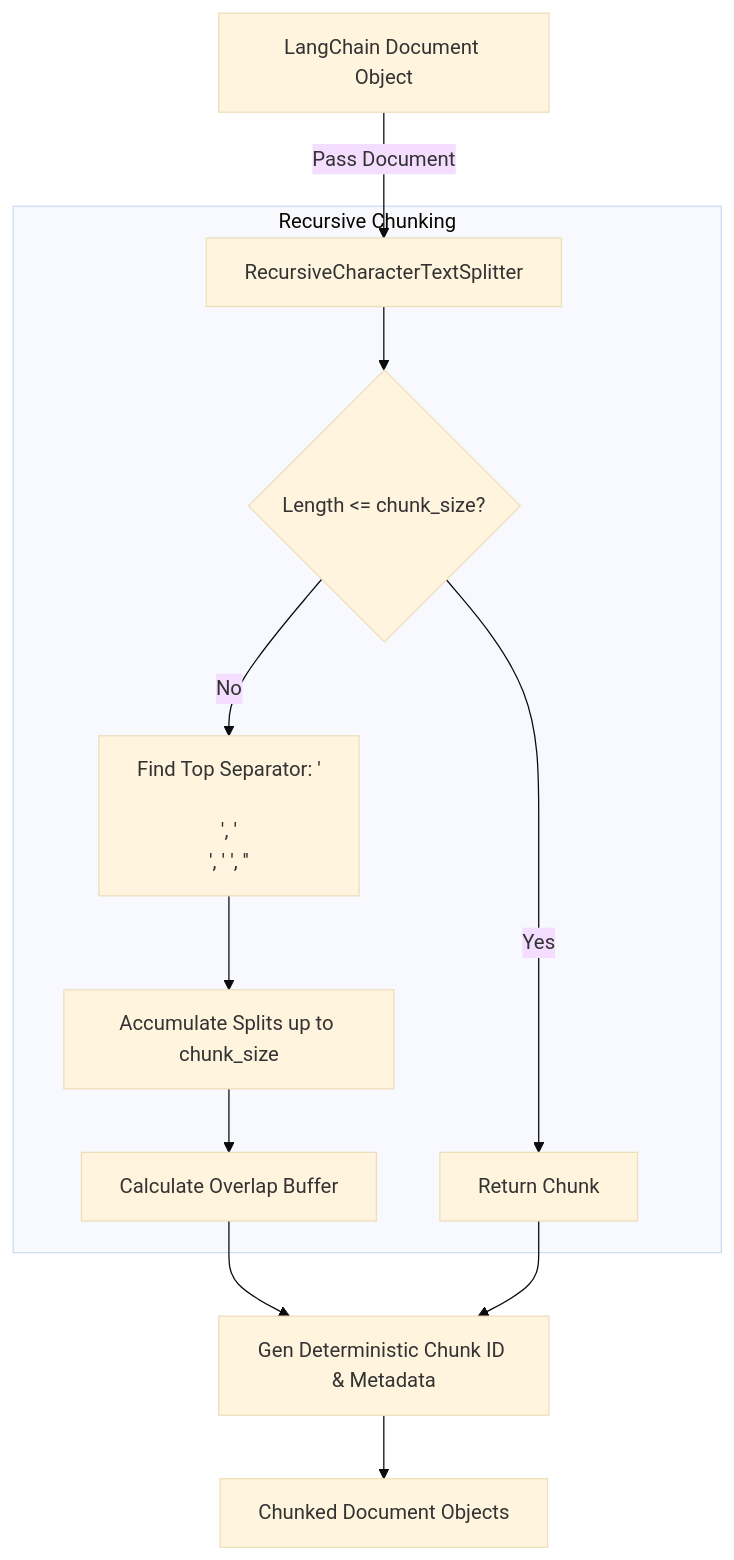
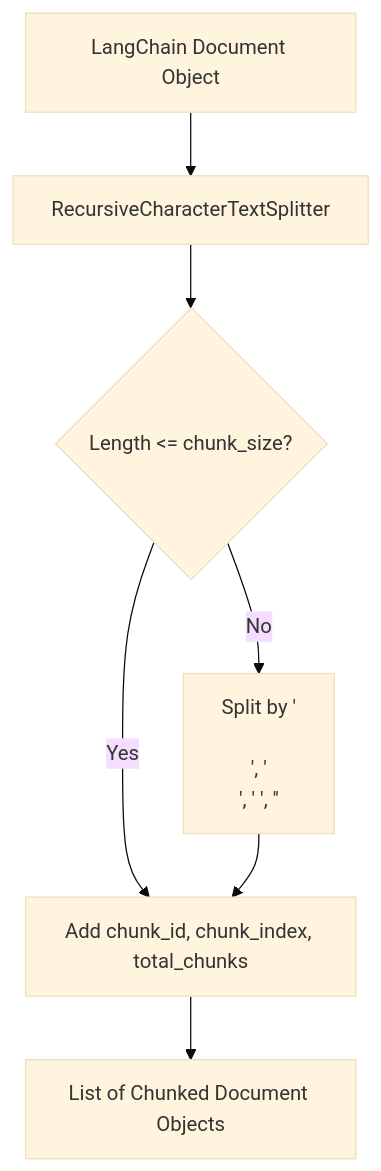
Before and after one commit to SarthakJain23/business_analyst_rag: the diagram in src/core/text_splitter/guidelines.md, drawn with Mermaid (base theme). The commit also changed other lines of this file and 14 other files, not shown here.

````diff
--- a/src/core/text_splitter/guidelines.md
+++ b/src/core/text_splitter/guidelines.md
@@ -57,16 +31,9 @@
 ```mermaid
 flowchart TD
-    RawDoc[LangChain Document Object] -->|Pass Document| SplitText[RecursiveCharacterTextSplitter]
-
-    subgraph Recursive Chunking
-        SplitText --> CheckSize{Length <= chunk_size?}
-        CheckSize -->|Yes| ReturnDirect[Return Chunk]
-        CheckSize -->|No| FindSep[Find Top Separator: '\n\n', '\n', ' ', '']
-        FindSep --> Accumulate[Accumulate Splits up to chunk_size]
-        Accumulate --> CalcOverlap[Calculate Overlap Buffer]
-    end
-
-    CalcOverlap --> GenMetadata[Gen Deterministic Chunk ID & Metadata]
-    ReturnDirect --> GenMetadata
-    GenMetadata --> ChunkObj[Chunked Document Objects]
+    RawDoc[LangChain Document Object] --> SplitText[RecursiveCharacterTextSplitter]
+    SplitText --> CheckSize{Length <= chunk_size?}
+    CheckSize -->|Yes| GenMetadata[Add chunk_id, chunk_index, total_chunks]
+    CheckSize -->|No| PrioritySep[Split by '\n\n', '\n', ' ', '']
+    PrioritySep --> GenMetadata
+    GenMetadata --> OutputChunks[List of Chunked Document Objects]
 ```
````
